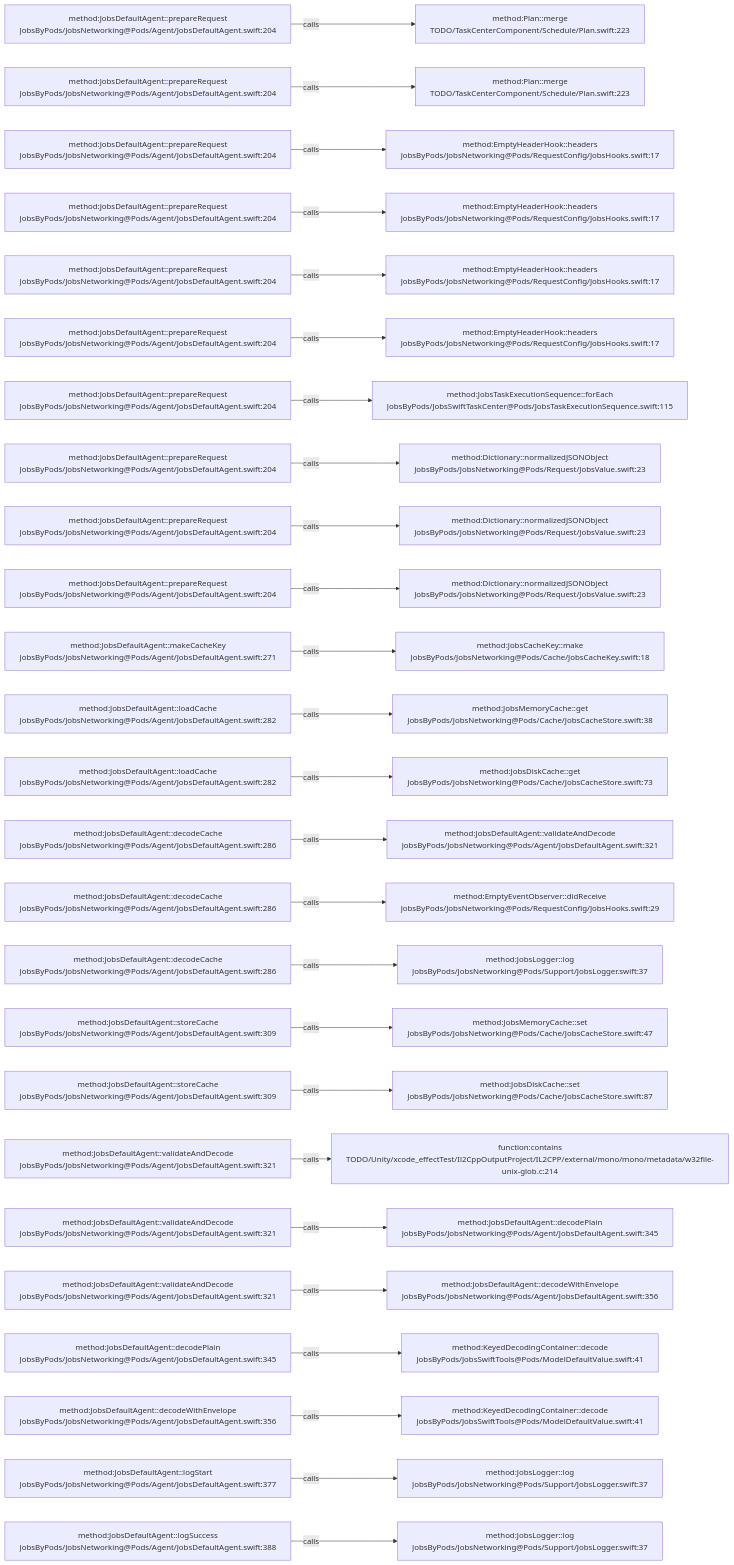
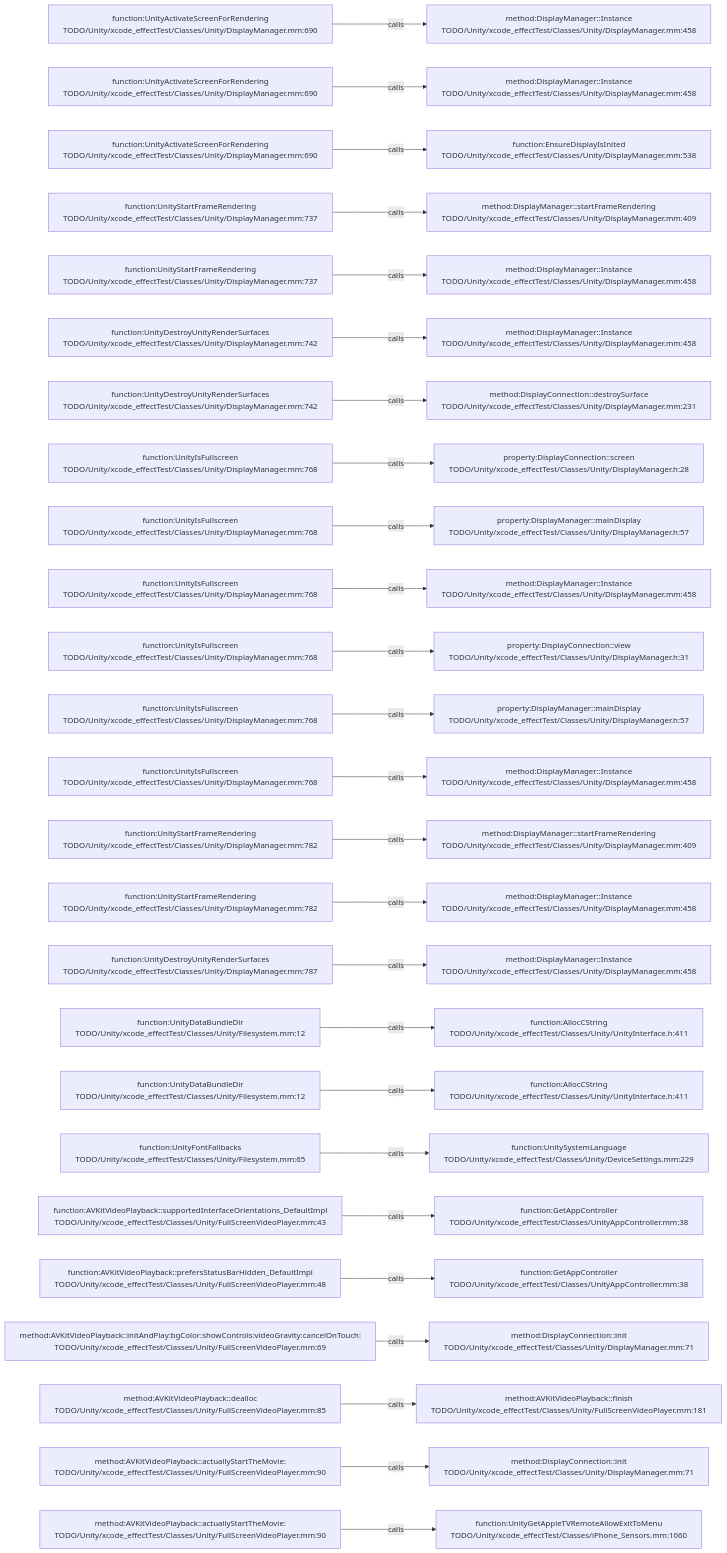
One commit to JobsKits/JobsSwiftBaseConfigDemo changed the diagram in .codegraph/codegraph.md/graphs/calls-038.md. Above: the diagram before and after it, drawn with Mermaid. The commit also changed 227 other files, not shown here.

````diff
--- a/.codegraph/codegraph.md/graphs/calls-038.md
+++ b/.codegraph/codegraph.md/graphs/calls-038.md
@@ -13,78 +13,78 @@
 ```mermaid
 flowchart LR
-  S1["method:JobsDefaultAgent::prepareRequest<br/>JobsByPods/JobsNetworking@Pods/Agent/JobsDefaultAgent.swift:204"]
-  T1["method:Plan::merge<br/>TODO/TaskCenterComponent/Schedule/Plan.swift:223"]
+  S1["function:UnityActivateScreenForRendering<br/>TODO/Unity/xcode_effectTest/Classes/Unity/DisplayManager.mm:690"]
+  T1["method:DisplayManager::Instance<br/>TODO/Unity/xcode_effectTest/Classes/Unity/DisplayManager.mm:458"]
   S1 -->|calls| T1
-  S2["method:JobsDefaultAgent::prepareRequest<br/>JobsByPods/JobsNetworking@Pods/Agent/JobsDefaultAgent.swift:204"]
-  T2["method:Plan::merge<br/>TODO/TaskCenterComponent/Schedule/Plan.swift:223"]
+  S2["function:UnityActivateScreenForRendering<br/>TODO/Unity/xcode_effectTest/Classes/Unity/DisplayManager.mm:690"]
+  T2["method:DisplayManager::Instance<br/>TODO/Unity/xcode_effectTest/Classes/Unity/DisplayManager.mm:458"]
   S2 -->|calls| T2
-  S3["method:JobsDefaultAgent::prepareRequest<br/>JobsByPods/JobsNetworking@Pods/Agent/JobsDefaultAgent.swift:204"]
-  T3["method:EmptyHeaderHook::headers<br/>JobsByPods/JobsNetworking@Pods/RequestConfig/JobsHooks.swift:17"]
+  S3["function:UnityActivateScreenForRendering<br/>TODO/Unity/xcode_effectTest/Classes/Unity/DisplayManager.mm:690"]
+  T3["function:EnsureDisplayIsInited<br/>TODO/Unity/xcode_effectTest/Classes/Unity/DisplayManager.mm:538"]
   S3 -->|calls| T3
-  S4["method:JobsDefaultAgent::prepareRequest<br/>JobsByPods/JobsNetworking@Pods/Agent/JobsDefaultAgent.swift:204"]
-  T4["method:EmptyHeaderHook::headers<br/>JobsByPods/JobsNetworking@Pods/RequestConfig/JobsHooks.swift:17"]
+  S4["function:UnityStartFrameRendering<br/>TODO/Unity/xcode_effectTest/Classes/Unity/DisplayManager.mm:737"]
+  T4["method:DisplayManager::startFrameRendering<br/>TODO/Unity/xcode_effectTest/Classes/Unity/DisplayManager.mm:409"]
   S4 -->|calls| T4
-  S5["method:JobsDefaultAgent::prepareRequest<br/>JobsByPods/JobsNetworking@Pods/Agent/JobsDefaultAgent.swift:204"]
-  T5["method:EmptyHeaderHook::headers<br/>JobsByPods/JobsNetworking@Pods/RequestConfig/JobsHooks.swift:17"]
+  S5["function:UnityStartFrameRendering<br/>TODO/Unity/xcode_effectTest/Classes/Unity/DisplayManager.mm:737"]
+  T5["method:DisplayManager::Instance<br/>TODO/Unity/xcode_effectTest/Classes/Unity/DisplayManager.mm:458"]
   S5 -->|calls| T5
-  S6["method:JobsDefaultAgent::prepareRequest<br/>JobsByPods/JobsNetworking@Pods/Agent/JobsDefaultAgent.swift:204"]
-  T6["method:EmptyHeaderHook::headers<br/>JobsByPods/JobsNetworking@Pods/RequestConfig/JobsHooks.swift:17"]
+  S6["function:UnityDestroyUnityRenderSurfaces<br/>TODO/Unity/xcode_effectTest/Classes/Unity/DisplayManager.mm:742"]
+  T6["method:DisplayManager::Instance<br/>TODO/Unity/xcode_effectTest/Classes/Unity/DisplayManager.mm:458"]
   S6 -->|calls| T6
-  S7["method:JobsDefaultAgent::prepareRequest<br/>JobsByPods/JobsNetworking@Pods/Agent/JobsDefaultAgent.swift:204"]
-  T7["method:JobsTaskExecutionSequence::forEach<br/>JobsByPods/JobsSwiftTaskCenter@Pods/JobsTaskExecutionSequence.swift:115"]
+  S7["function:UnityDestroyUnityRenderSurfaces<br/>TODO/Unity/xcode_effectTest/Classes/Unity/DisplayManager.mm:742"]
+  T7["method:DisplayConnection::destroySurface<br/>TODO/Unity/xcode_effectTest/Classes/Unity/DisplayManager.mm:231"]
   S7 -->|calls| T7
-  S8["method:JobsDefaultAgent::prepareRequest<br/>JobsByPods/JobsNetworking@Pods/Agent/JobsDefaultAgent.swift:204"]
-  T8["method:Dictionary::normalizedJSONObject<br/>JobsByPods/JobsNetworking@Pods/Request/JobsValue.swift:23"]
+  S8["function:UnityIsFullscreen<br/>TODO/Unity/xcode_effectTest/Classes/Unity/DisplayManager.mm:768"]
+  T8["property:DisplayConnection::screen<br/>TODO/Unity/xcode_effectTest/Classes/Unity/DisplayManager.h:28"]
   S8 -->|calls| T8
-  S9["method:JobsDefaultAgent::prepareRequest<br/>JobsByPods/JobsNetworking@Pods/Agent/JobsDefaultAgent.swift:204"]
-  T9["method:Dictionary::normalizedJSONObject<br/>JobsByPods/JobsNetworking@Pods/Request/JobsValue.swift:23"]
+  S9["function:UnityIsFullscreen<br/>TODO/Unity/xcode_effectTest/Classes/Unity/DisplayManager.mm:768"]
+  T9["property:DisplayManager::mainDisplay<br/>TODO/Unity/xcode_effectTest/Classes/Unity/DisplayManager.h:57"]
   S9 -->|calls| T9
-  S10["method:JobsDefaultAgent::prepareRequest<br/>JobsByPods/JobsNetworking@Pods/Agent/JobsDefaultAgent.swift:204"]
-  T10["method:Dictionary::normalizedJSONObject<br/>JobsByPods/JobsNetworking@Pods/Request/JobsValue.swift:23"]
+  S10["function:UnityIsFullscreen<br/>TODO/Unity/xcode_effectTest/Classes/Unity/DisplayManager.mm:768"]
+  T10["method:DisplayManager::Instance<br/>TODO/Unity/xcode_effectTest/Classes/Unity/DisplayManager.mm:458"]
   S10 -->|calls| T10
-  S11["method:JobsDefaultAgent::makeCacheKey<br/>JobsByPods/JobsNetworking@Pods/Agent/JobsDefaultAgent.swift:271"]
-  T11["method:JobsCacheKey::make<br/>JobsByPods/JobsNetworking@Pods/Cache/JobsCacheKey.swift:18"]
+  S11["function:UnityIsFullscreen<br/>TODO/Unity/xcode_effectTest/Classes/Unity/DisplayManager.mm:768"]
+  T11["property:DisplayConnection::view<br/>TODO/Unity/xcode_effectTest/Classes/Unity/DisplayManager.h:31"]
   S11 -->|calls| T11
-  S12["method:JobsDefaultAgent::loadCache<br/>JobsByPods/JobsNetworking@Pods/Agent/JobsDefaultAgent.swift:282"]
-  T12["method:JobsMemoryCache::get<br/>JobsByPods/JobsNetworking@Pods/Cache/JobsCacheStore.swift:38"]
+  S12["function:UnityIsFullscreen<br/>TODO/Unity/xcode_effectTest/Classes/Unity/DisplayManager.mm:768"]
+  T12["property:DisplayManager::mainDisplay<br/>TODO/Unity/xcode_effectTest/Classes/Unity/DisplayManager.h:57"]
   S12 -->|calls| T12
-  S13["method:JobsDefaultAgent::loadCache<br/>JobsByPods/JobsNetworking@Pods/Agent/JobsDefaultAgent.swift:282"]
-  T13["method:JobsDiskCache::get<br/>JobsByPods/JobsNetworking@Pods/Cache/JobsCacheStore.swift:73"]
+  S13["function:UnityIsFullscreen<br/>TODO/Unity/xcode_effectTest/Classes/Unity/DisplayManager.mm:768"]
+  T13["method:DisplayManager::Instance<br/>TODO/Unity/xcode_effectTest/Classes/Unity/DisplayManager.mm:458"]
   S13 -->|calls| T13
-  S14["method:JobsDefaultAgent::decodeCache<br/>JobsByPods/JobsNetworking@Pods/Agent/JobsDefaultAgent.swift:286"]
-  T14["method:JobsDefaultAgent::validateAndDecode<br/>JobsByPods/JobsNetworking@Pods/Agent/JobsDefaultAgent.swift:321"]
+  S14["function:UnityStartFrameRendering<br/>TODO/Unity/xcode_effectTest/Classes/Unity/DisplayManager.mm:782"]
+  T14["method:DisplayManager::startFrameRendering<br/>TODO/Unity/xcode_effectTest/Classes/Unity/DisplayManager.mm:409"]
   S14 -->|calls| T14
-  S15["method:JobsDefaultAgent::decodeCache<br/>JobsByPods/JobsNetworking@Pods/Agent/JobsDefaultAgent.swift:286"]
-  T15["method:EmptyEventObserver::didReceive<br/>JobsByPods/JobsNetworking@Pods/RequestConfig/JobsHooks.swift:29"]
+  S15["function:UnityStartFrameRendering<br/>TODO/Unity/xcode_effectTest/Classes/Unity/DisplayManager.mm:782"]
+  T15["method:DisplayManager::Instance<br/>TODO/Unity/xcode_effectTest/Classes/Unity/DisplayManager.mm:458"]
   S15 -->|calls| T15
-  S16["method:JobsDefaultAgent::decodeCache<br/>JobsByPods/JobsNetworking@Pods/Agent/JobsDefaultAgent.swift:286"]
-  T16["method:JobsLogger::log<br/>JobsByPods/JobsNetworking@Pods/Support/JobsLogger.swift:37"]
+  S16["function:UnityDestroyUnityRenderSurfaces<br/>TODO/Unity/xcode_effectTest/Classes/Unity/DisplayManager.mm:787"]
+  T16["method:DisplayManager::Instance<br/>TODO/Unity/xcode_effectTest/Classes/Unity/DisplayManager.mm:458"]
   S16 -->|calls| T16
-  S17["method:JobsDefaultAgent::storeCache<br/>JobsByPods/JobsNetworking@Pods/Agent/JobsDefaultAgent.swift:309"]
-  T17["method:JobsMemoryCache::set<br/>JobsByPods/JobsNetworking@Pods/Cache/JobsCacheStore.swift:47"]
+  S17["function:UnityDataBundleDir<br/>TODO/Unity/xcode_effectTest/Classes/Unity/Filesystem.mm:12"]
+  T17["function:AllocCString<br/>TODO/Unity/xcode_effectTest/Classes/Unity/UnityInterface.h:411"]
   S17 -->|calls| T17
-  S18["method:JobsDefaultAgent::storeCache<br/>JobsByPods/JobsNetworking@Pods/Agent/JobsDefaultAgent.swift:309"]
-  T18["method:JobsDiskCache::set<br/>JobsByPods/JobsNetworking@Pods/Cache/JobsCacheStore.swift:87"]
+  S18["function:UnityDataBundleDir<br/>TODO/Unity/xcode_effectTest/Classes/Unity/Filesystem.mm:12"]
+  T18["function:AllocCString<br/>TODO/Unity/xcode_effectTest/Classes/Unity/UnityInterface.h:411"]
   S18 -->|calls| T18
-  S19["method:JobsDefaultAgent::validateAndDecode<br/>JobsByPods/JobsNetworking@Pods/Agent/JobsDefaultAgent.swift:321"]
-  T19["function:contains<br/>TODO/Unity/xcode_effectTest/Il2CppOutputProject/IL2CPP/external/mono/mono/metadata/w32file-unix-glob.c:214"]
+  S19["function:UnityFontFallbacks<br/>TODO/Unity/xcode_effectTest/Classes/Unity/Filesystem.mm:65"]
+  T19["function:UnitySystemLanguage<br/>TODO/Unity/xcode_effectTest/Classes/Unity/DeviceSettings.mm:229"]
   S19 -->|calls| T19
-  S20["method:JobsDefaultAgent::validateAndDecode<br/>JobsByPods/JobsNetworking@Pods/Agent/JobsDefaultAgent.swift:321"]
-  T20["method:JobsDefaultAgent::decodePlain<br/>JobsByPods/JobsNetworking@Pods/Agent/JobsDefaultAgent.swift:345"]
+  S20["function:AVKitVideoPlayback::supportedInterfaceOrientations_DefaultImpl<br/>TODO/Unity/xcode_effectTest/Classes/Unity/FullScreenVideoPlayer.mm:43"]
+  T20["function:GetAppController<br/>TODO/Unity/xcode_effectTest/Classes/UnityAppController.mm:38"]
   S20 -->|calls| T20
-  S21["method:JobsDefaultAgent::validateAndDecode<br/>JobsByPods/JobsNetworking@Pods/Agent/JobsDefaultAgent.swift:321"]
-  T21["method:JobsDefaultAgent::decodeWithEnvelope<br/>JobsByPods/JobsNetworking@Pods/Agent/JobsDefaultAgent.swift:356"]
+  S21["function:AVKitVideoPlayback::prefersStatusBarHidden_DefaultImpl<br/>TODO/Unity/xcode_effectTest/Classes/Unity/FullScreenVideoPlayer.mm:48"]
+  T21["function:GetAppController<br/>TODO/Unity/xcode_effectTest/Classes/UnityAppController.mm:38"]
   S21 -->|calls| T21
-  S22["method:JobsDefaultAgent::decodePlain<br/>JobsByPods/JobsNetworking@Pods/Agent/JobsDefaultAgent.swift:345"]
-  T22["method:KeyedDecodingContainer::decode<br/>JobsByPods/JobsSwiftTools@Pods/ModelDefaultValue.swift:41"]
+  S22["method:AVKitVideoPlayback::initAndPlay:bgColor:showControls:videoGravity:cancelOnTouch:<br/>TODO/Unity/xcode_effectTest/Classes/Unity/FullScreenVideoPlayer.mm:69"]
+  T22["method:DisplayConnection::init<br/>TODO/Unity/xcode_effectTest/Classes/Unity/DisplayManager.mm:71"]
   S22 -->|calls| T22
-  S23["method:JobsDefaultAgent::decodeWithEnvelope<br/>JobsByPods/JobsNetworking@Pods/Agent/JobsDefaultAgent.swift:356"]
-  T23["method:KeyedDecodingContainer::decode<br/>JobsByPods/JobsSwiftTools@Pods/ModelDefaultValue.swift:41"]
+  S23["method:AVKitVideoPlayback::dealloc<br/>TODO/Unity/xcode_effectTest/Classes/Unity/FullScreenVideoPlayer.mm:85"]
+  T23["method:AVKitVideoPlayback::finish<br/>TODO/Unity/xcode_effectTest/Classes/Unity/FullScreenVideoPlayer.mm:181"]
   S23 -->|calls| T23
-  S24["method:JobsDefaultAgent::logStart<br/>JobsByPods/JobsNetworking@Pods/Agent/JobsDefaultAgent.swift:377"]
-  T24["method:JobsLogger::log<br/>JobsByPods/JobsNetworking@Pods/Support/JobsLogger.swift:37"]
+  S24["method:AVKitVideoPlayback::actuallyStartTheMovie:<br/>TODO/Unity/xcode_effectTest/Classes/Unity/FullScreenVideoPlayer.mm:90"]
+  T24["method:DisplayConnection::init<br/>TODO/Unity/xcode_effectTest/Classes/Unity/DisplayManager.mm:71"]
   S24 -->|calls| T24
-  S25["method:JobsDefaultAgent::logSuccess<br/>JobsByPods/JobsNetworking@Pods/Agent/JobsDefaultAgent.swift:388"]
-  T25["method:JobsLogger::log<br/>JobsByPods/JobsNetworking@Pods/Support/JobsLogger.swift:37"]
+  S25["method:AVKitVideoPlayback::actuallyStartTheMovie:<br/>TODO/Unity/xcode_effectTest/Classes/Unity/FullScreenVideoPlayer.mm:90"]
+  T25["function:UnityGetAppleTVRemoteAllowExitToMenu<br/>TODO/Unity/xcode_effectTest/Classes/iPhone_Sensors.mm:1060"]
   S25 -->|calls| T25
 ```
````
